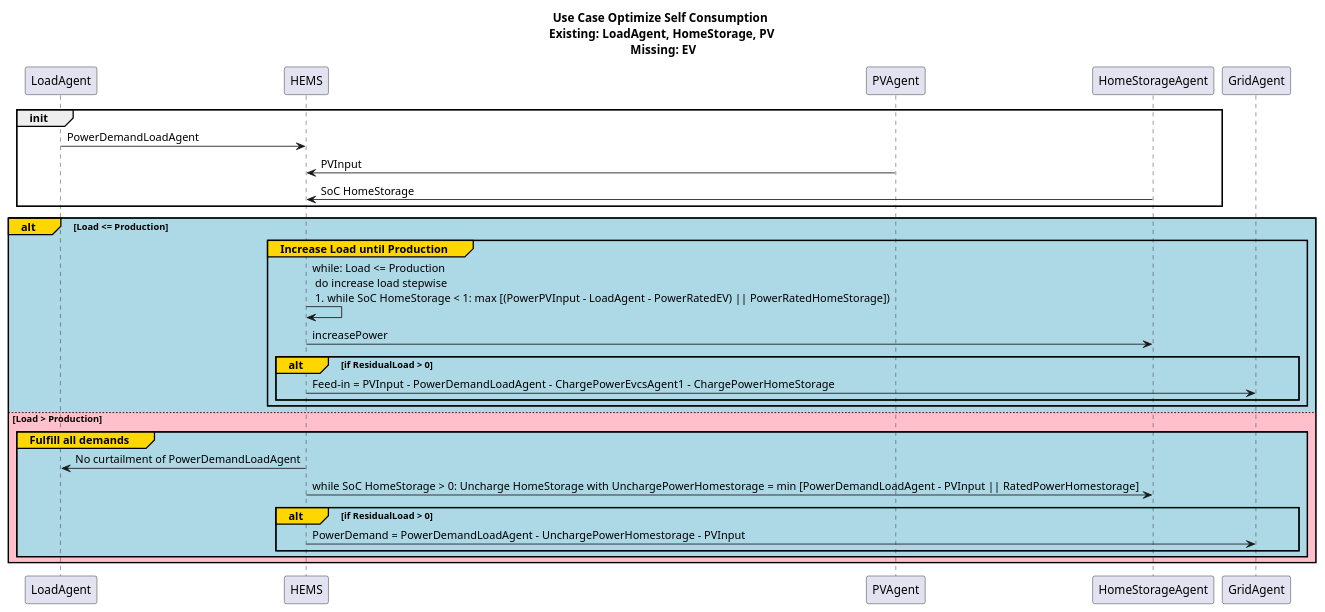
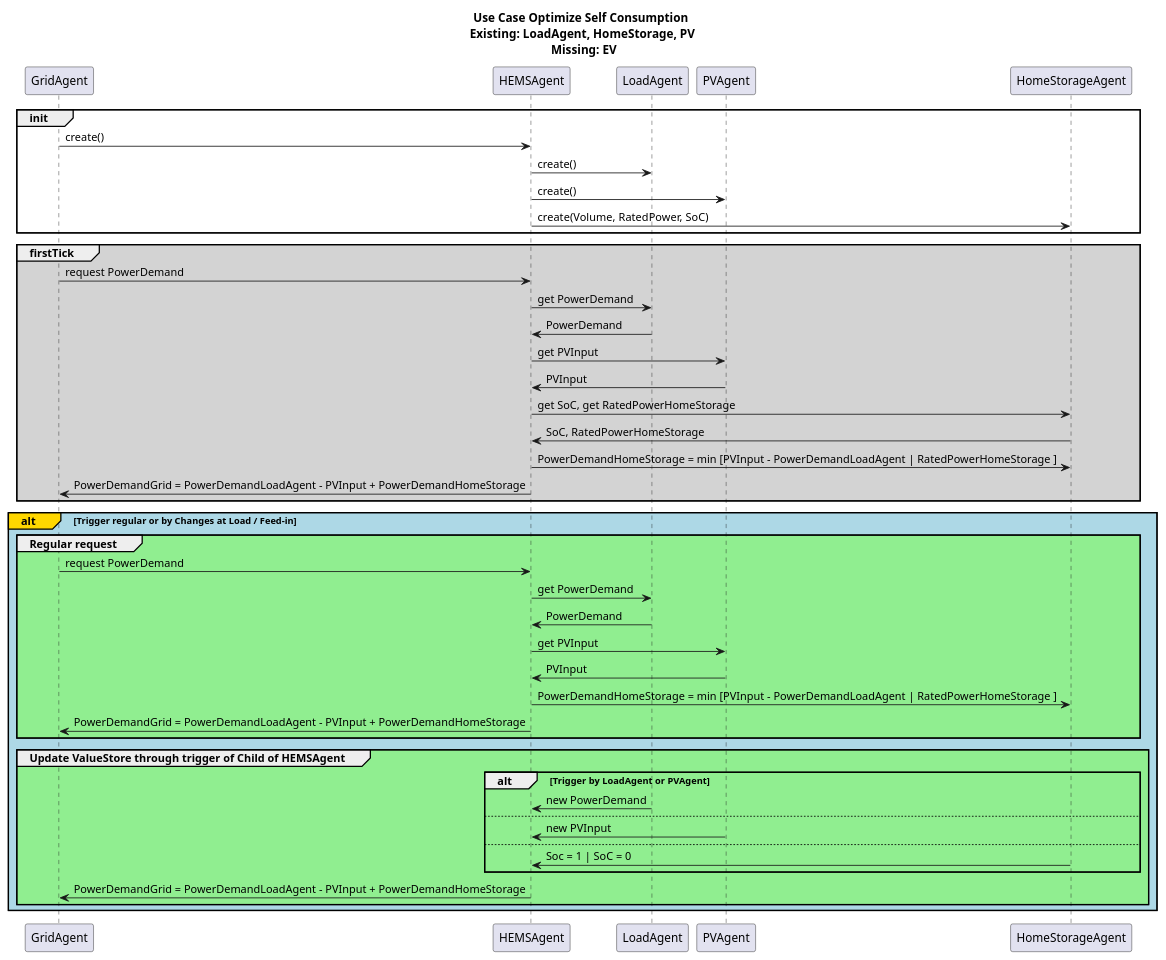
The diagram in docs/uml/protocol/HEMS_Control/HemsControlSelfOptLoadPvStorage.puml (ie3-institute/simona), drawn with PlantUML before and after one commit. The commit also changed 6 other files, not shown here.

Commit message:
Harmonize Order of Agents in Sequence Diagramm Init Process of Agents Process diagram of new trigger First draft of documentation

```diff
--- a/docs/uml/protocol/HEMS_Control/HemsControlSelfOptLoadPvStorage.puml
+++ b/docs/uml/protocol/HEMS_Control/HemsControlSelfOptLoadPvStorage.puml
@@ -1,28 +1,46 @@
 @startuml
 title Use Case Optimize Self Consumption \n Existing: LoadAgent, HomeStorage, PV \n Missing: EV
+participant GridAgent
+participant HEMSAgent
+participant LoadAgent
+participant PVAgent
+participant HomeStorageAgent
 group init
-LoadAgent -> HEMS: PowerDemandLoadAgent
-PVAgent -> HEMS: PVInput
-HomeStorageAgent -> HEMS: SoC HomeStorage
+    GridAgent -> HEMSAgent: create()
+    HEMSAgent -> LoadAgent: create()
+    HEMSAgent -> PVAgent: create()
+    HEMSAgent -> HomeStorageAgent: create(Volume, RatedPower, SoC)
+    end
+group #LightGrey firstTick
+    GridAgent -> HEMSAgent: request PowerDemand
+    HEMSAgent -> LoadAgent: get PowerDemand
+    LoadAgent -> HEMSAgent: PowerDemand
+    HEMSAgent -> PVAgent: get PVInput
+    PVAgent -> HEMSAgent: PVInput
+    HEMSAgent -> HomeStorageAgent: get SoC, get RatedPowerHomeStorage
+    HomeStorageAgent -> HEMSAgent:  SoC, RatedPowerHomeStorage
+    HEMSAgent -> HomeStorageAgent: PowerDemandHomeStorage = min [PVInput - PowerDemandLoadAgent | RatedPowerHomeStorage ]
+    HEMSAgent -> GridAgent: PowerDemandGrid = PowerDemandLoadAgent - PVInput + PowerDemandHomeStorage
+    end
+alt#Gold #LightBlue Trigger regular or by Changes at Load / Feed-in
+group #LightGreen Regular request
+    GridAgent -> HEMSAgent: request PowerDemand
+    HEMSAgent -> LoadAgent: get PowerDemand
+    LoadAgent -> HEMSAgent: PowerDemand
+    HEMSAgent -> PVAgent: get PVInput
+    PVAgent -> HEMSAgent: PVInput
+    HEMSAgent -> HomeStorageAgent: PowerDemandHomeStorage = min [PVInput - PowerDemandLoadAgent | RatedPowerHomeStorage ]
+    HEMSAgent -> GridAgent: PowerDemandGrid = PowerDemandLoadAgent - PVInput + PowerDemandHomeStorage
+    end
+group #LightGreen Update ValueStore through trigger of Child of HEMSAgent
+    alt Trigger by LoadAgent or PVAgent
+    LoadAgent -> HEMSAgent: new PowerDemand
+    else
+    PVAgent -> HEMSAgent: new PVInput
+    else
+    HomeStorageAgent -> HEMSAgent: Soc = 1 | SoC = 0
+    end
+    HEMSAgent -> GridAgent: PowerDemandGrid = PowerDemandLoadAgent - PVInput + PowerDemandHomeStorage
+    end
 end
-alt#Gold #LightBlue Load <= Production
-group#Gold #LightBlue Increase Load until Production
-    HEMS -> HEMS: while: Load <= Production \n do increase load stepwise \n 1. while SoC HomeStorage < 1: max [(PowerPVInput - LoadAgent - PowerRatedEV) || PowerRatedHomeStorage])
-    HEMS -> HomeStorageAgent: increasePower
-    alt#Gold if ResidualLoad > 0
-        HEMS -> GridAgent: Feed-in =  PVInput - PowerDemandLoadAgent - ChargePowerEvcsAgent1 - ChargePowerHomeStorage
-        end
-    end
-else #Pink Load > Production
-     group#Gold #LightBlue Fulfill all demands
-        HEMS -> LoadAgent: No curtailment of PowerDemandLoadAgent
-        HEMS -> HomeStorageAgent: while SoC HomeStorage > 0: Uncharge HomeStorage with UnchargePowerHomestorage = min [PowerDemandLoadAgent - PVInput || RatedPowerHomestorage]
-        alt#Gold if ResidualLoad > 0
-           HEMS -> GridAgent: PowerDemand = PowerDemandLoadAgent - UnchargePowerHomestorage - PVInput
-           end
-end
-end
-
-
-
 @enduml
```
